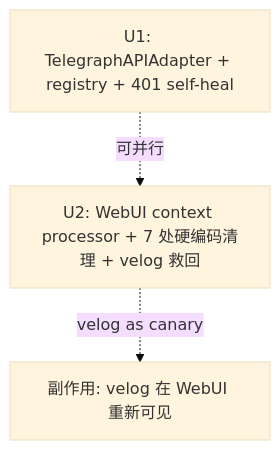
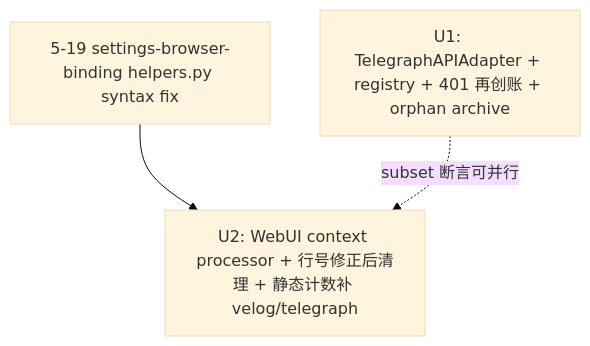
Before and after one commit to redredchen01/backlink-publisher: the diagram in docs/plans/2026-05-19-002-feat-telegraph-channel-end-to-end-wiring-plan.md, drawn with Mermaid (base theme). The commit also changed other lines of this file, not shown here.

First line of the commit message:
docs(plan): refine telegraph plan via document-review

````diff
--- a/docs/plans/2026-05-19-002-feat-telegraph-channel-end-to-end-wiring-plan.md
+++ b/docs/plans/2026-05-19-002-feat-telegraph-channel-end-to-end-wiring-plan.md
@@ -232,7 +258,8 @@
 ```mermaid
 graph TB
-    U1[U1: TelegraphAPIAdapter + registry + 401 self-heal]
-    U2[U2: WebUI context processor + 7 处硬编码清理 + velog 救回]
-    U1 -.可并行.-> U2
-    U2 -.velog as canary.-> U2v[副作用: velog 在 WebUI 重新可见]
+    Pre[5-19 settings-browser-binding helpers.py syntax fix]
+    Pre --> U2
+    U1[U1: TelegraphAPIAdapter + registry + 401 再创账 + orphan archive]
+    U2[U2: WebUI context processor + 行号修正后清理 + 静态计数补 velog/telegraph]
+    U1 -.subset 断言可并行.-> U2
 ```
````
